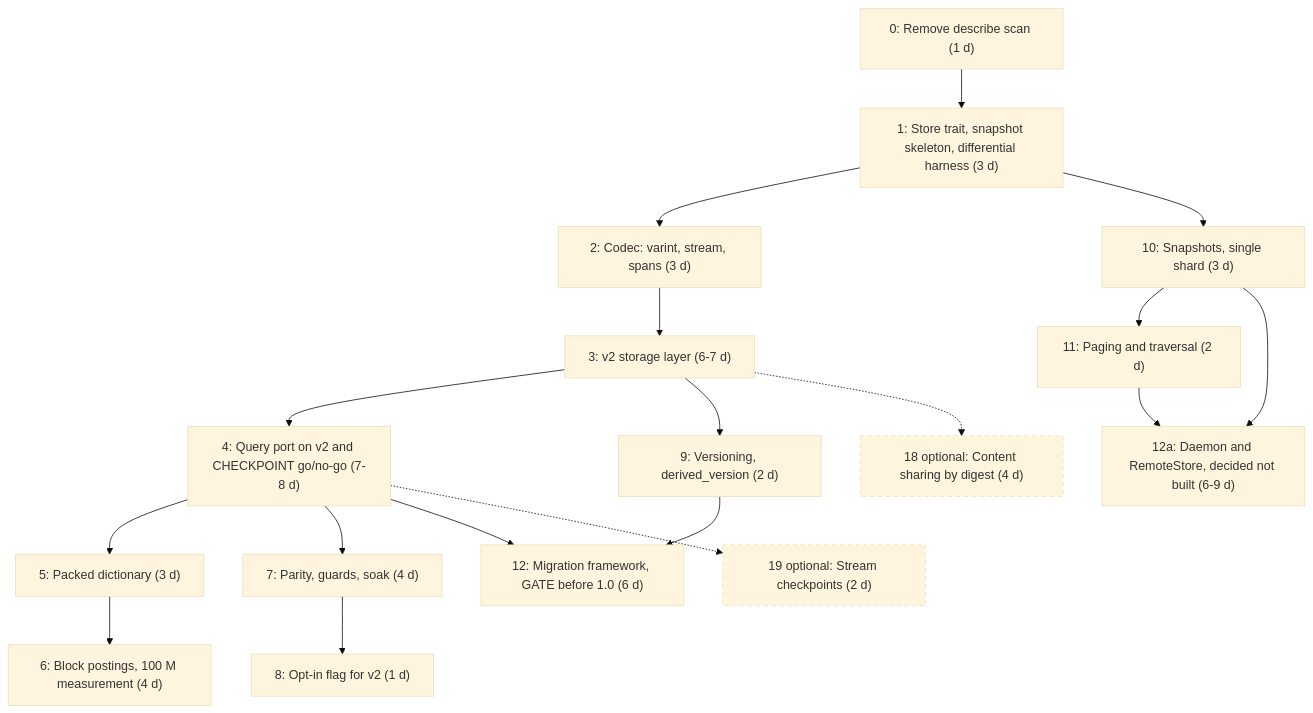
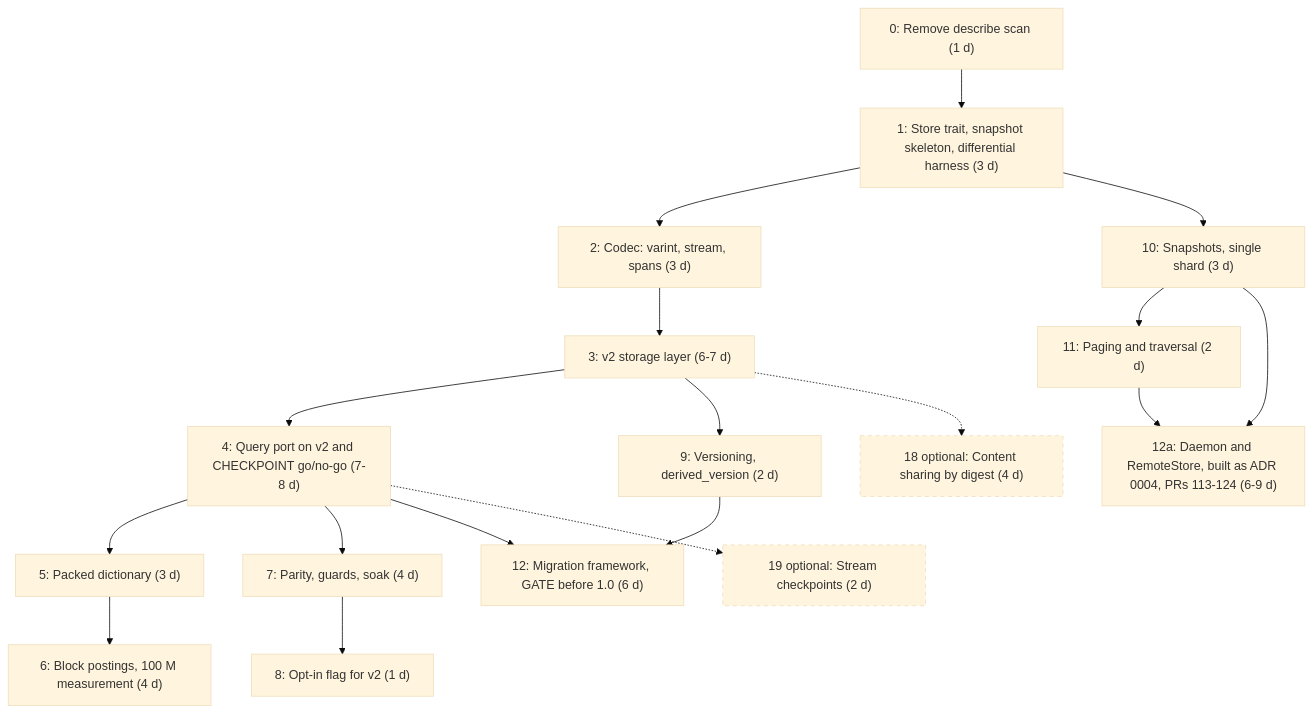
One commit to P47Phoenix/memory-graph changed diagram 18 of 19 in docs/architecture-diagrams.md. Above: the diagram before and after it, drawn with Mermaid (base theme). The commit also changed other lines of this file and 9 other files, not shown here.

````diff
--- a/docs/architecture-diagrams.md
+++ b/docs/architecture-diagrams.md
@@ -574,32 +574,32 @@
 ```mermaid
 flowchart TD
     S0["0: Remove describe scan (1 d)"]
     S1["1: Store trait, snapshot skeleton, differential harness (3 d)"]
     S2["2: Codec: varint, stream, spans (3 d)"]
     S3["3: v2 storage layer (6-7 d)"]
     S4["4: Query port on v2 and CHECKPOINT go/no-go (7-8 d)"]
     S5["5: Packed dictionary (3 d)"]
     S6["6: Block postings, 100 M measurement (4 d)"]
     S7["7: Parity, guards, soak (4 d)"]
     S8["8: Opt-in flag for v2 (1 d)"]
     S9["9: Versioning, derived_version (2 d)"]
     S10["10: Snapshots, single shard (3 d)"]
     S11["11: Paging and traversal (2 d)"]
     S12["12: Migration framework, GATE before 1.0 (6 d)"]
-    S12A["12a: Daemon and RemoteStore, decided not built (6-9 d)"]
+    S12A["12a: Daemon and RemoteStore, built as ADR 0004, PRs 113-124 (6-9 d)"]
     S18["18 optional: Content sharing by digest (4 d)"]
     S19["19 optional: Stream checkpoints (2 d)"]
     S0 --> S1 --> S2 --> S3 --> S4
     S4 --> S5 --> S6
     S4 --> S7 --> S8
     S3 --> S9
     S1 --> S10 --> S11
     S9 --> S12
     S10 --> S12A
     S11 --> S12A
     S4 --> S12
     S3 -.-> S18
     S4 -.-> S19
     style S18 stroke-dasharray: 5 5
     style S19 stroke-dasharray: 5 5
 ```
````
